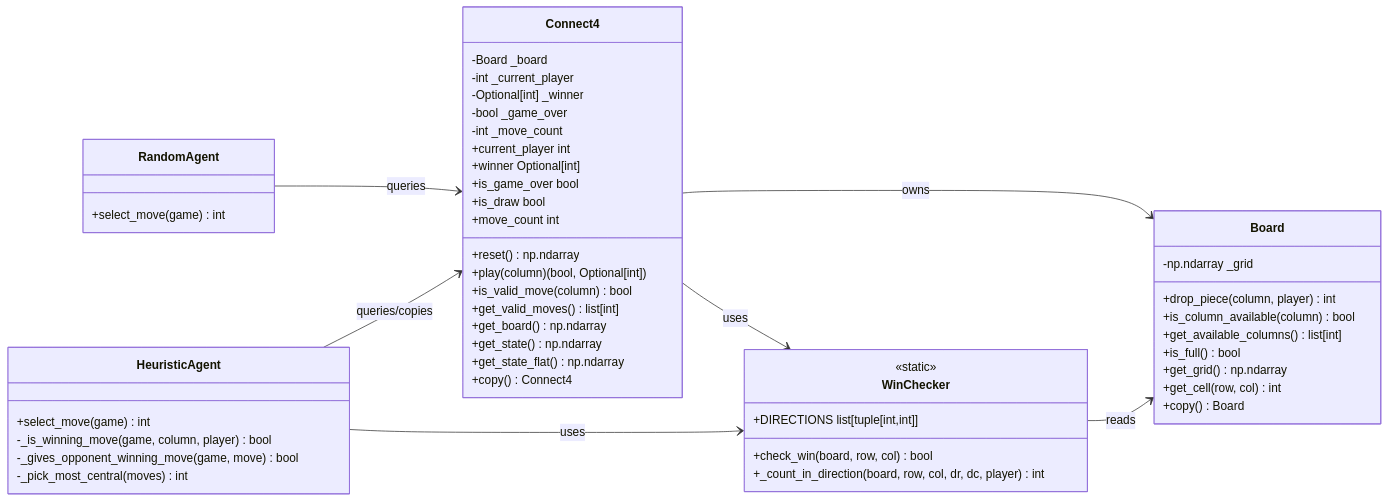
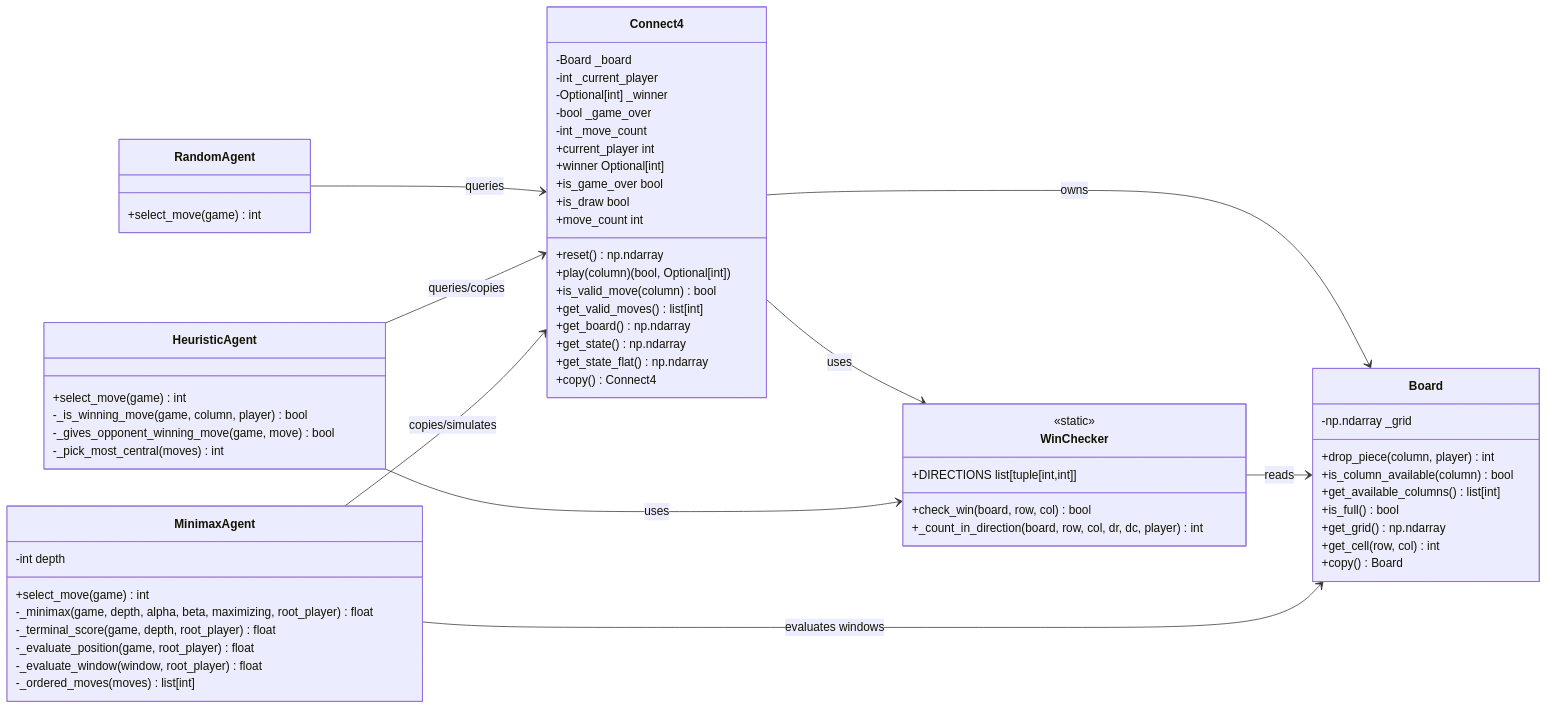
Before and after one commit to javiercancela/connect-4: the diagram in doc/ai/class-diagram.md, drawn with Mermaid. The commit also changed other lines of this file and 8 other files, not shown here.

````diff
--- a/doc/ai/class-diagram.md
+++ b/doc/ai/class-diagram.md
@@ -5,61 +5,73 @@
 ```mermaid
 classDiagram
     direction LR
 
     class Connect4 {
         -Board _board
         -int _current_player
         -Optional[int] _winner
         -bool _game_over
         -int _move_count
         +reset() np.ndarray
         +play(column) (bool, Optional[int])
         +is_valid_move(column) bool
         +get_valid_moves() list[int]
         +get_board() np.ndarray
         +get_state() np.ndarray
         +get_state_flat() np.ndarray
         +copy() Connect4
         +current_player int
         +winner Optional[int]
         +is_game_over bool
         +is_draw bool
         +move_count int
     }
 
     class Board {
         -np.ndarray _grid
         +drop_piece(column, player) int
         +is_column_available(column) bool
         +get_available_columns() list[int]
         +is_full() bool
         +get_grid() np.ndarray
         +get_cell(row, col) int
         +copy() Board
     }
 
     class WinChecker {
         <<static>>
         +DIRECTIONS list[tuple[int,int]]
         +check_win(board, row, col) bool
         +_count_in_direction(board, row, col, dr, dc, player) int
     }
 
     class RandomAgent {
         +select_move(game) int
     }
 
     class HeuristicAgent {
         +select_move(game) int
         -_is_winning_move(game, column, player) bool
         -_gives_opponent_winning_move(game, move) bool
         -_pick_most_central(moves) int
     }
 
+    class MinimaxAgent {
+        -int depth
+        +select_move(game) int
+        -_minimax(game, depth, alpha, beta, maximizing, root_player) float
+        -_terminal_score(game, depth, root_player) float
+        -_evaluate_position(game, root_player) float
+        -_evaluate_window(window, root_player) float
+        -_ordered_moves(moves) list[int]
+    }
+
     Connect4 --> Board : owns
     Connect4 --> WinChecker : uses
     WinChecker --> Board : reads
     RandomAgent --> Connect4 : queries
     HeuristicAgent --> Connect4 : queries/copies
     HeuristicAgent --> WinChecker : uses
+    MinimaxAgent --> Connect4 : copies/simulates
+    MinimaxAgent --> Board : evaluates windows
 ```
````
